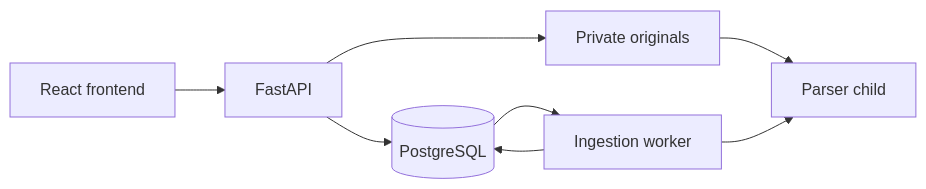
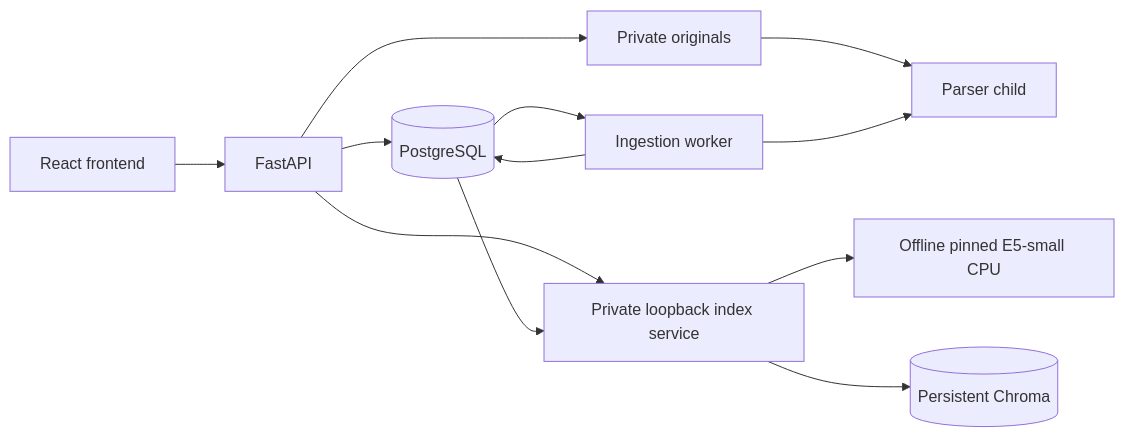
Before and after one commit to 24f2003970/Gov_Policy_Agent: the diagram in docs/ARCHITECTURE.md, drawn with Mermaid. The commit also changed other lines of this file and 34 other files, not shown here.

````diff
--- a/docs/ARCHITECTURE.md
+++ b/docs/ARCHITECTURE.md
@@ -5,10 +5,14 @@
 ```mermaid
 flowchart LR
   UI[React frontend] --> API[FastAPI]
   API --> DB[(PostgreSQL)]
   API --> FILES[Private originals]
   DB --> WORKER[Ingestion worker]
   FILES --> PARSER[Parser child]
   WORKER --> PARSER
   WORKER --> DB
+  API --> INDEX[Private loopback index service]
+  DB --> INDEX
+  INDEX --> MODEL[Offline pinned E5-small CPU]
+  INDEX --> VECTOR[(Persistent Chroma)]
 ```
````
